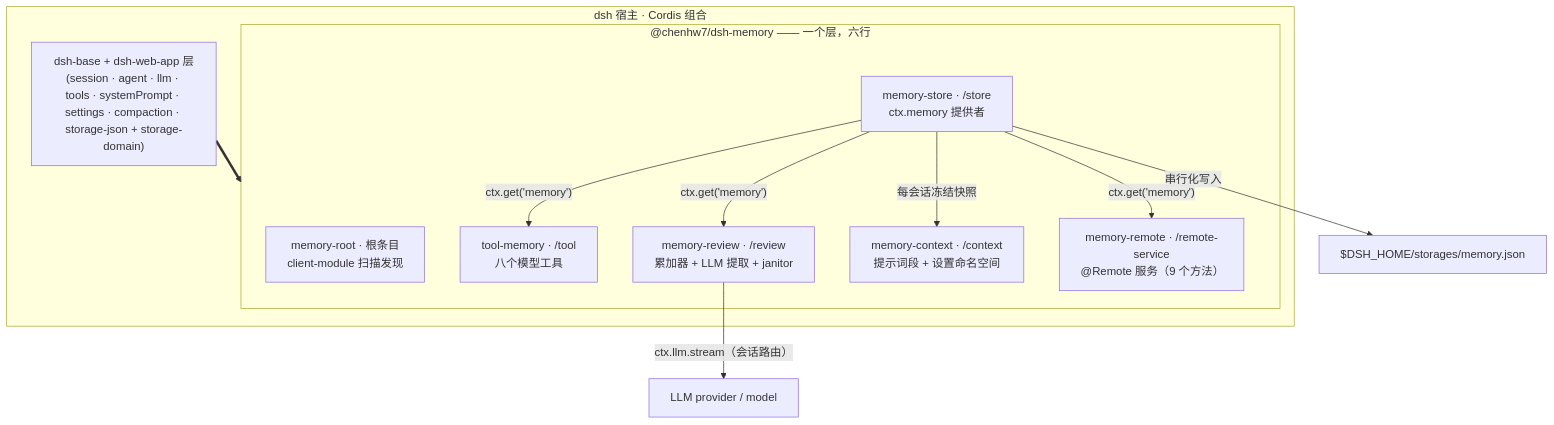
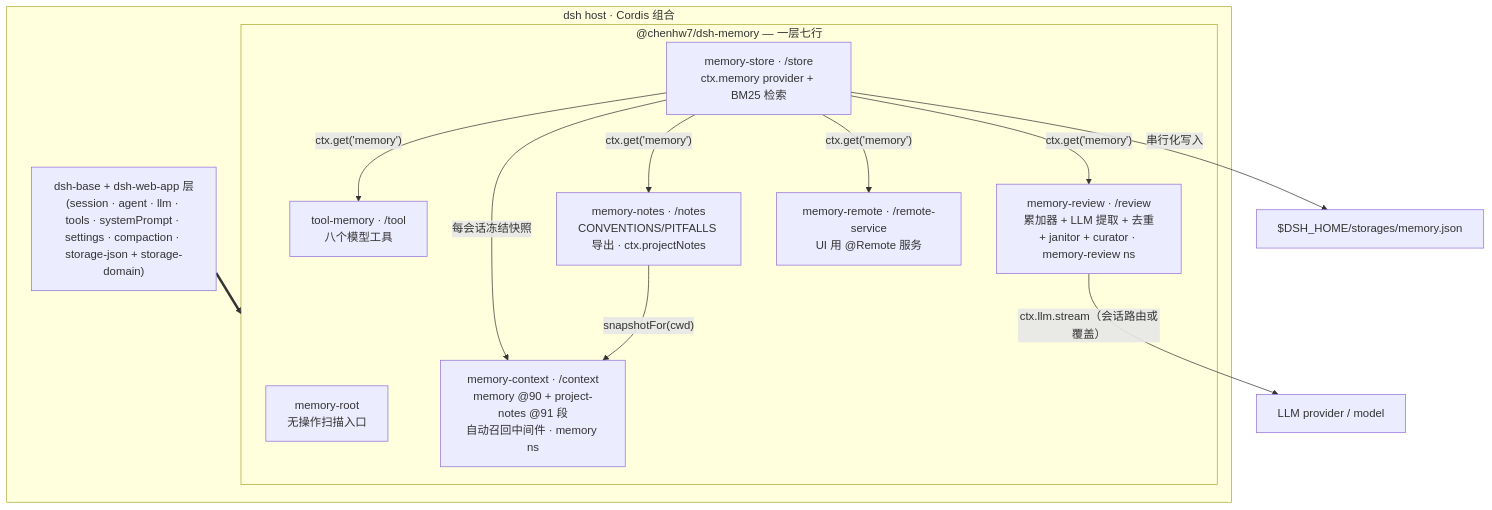
One commit to chenhw7/dsh-memory changed the first of 3 diagrams in docs/TECH_DESIGN.zh-CN.md. Above: the diagram before and after it, drawn with Mermaid. The commit also changed other lines of this file and 5 other files, not shown here.

First line of the commit message:
docs: sync README / TECH_DESIGN / SEQUENCE_DIAGRAMS with the v0.3.0 implementation

````diff
--- a/docs/TECH_DESIGN.zh-CN.md
+++ b/docs/TECH_DESIGN.zh-CN.md
@@ -95,21 +100,24 @@
 ```mermaid
 flowchart TB
-  subgraph host["dsh 宿主 · Cordis 组合"]
+  subgraph host["dsh host · Cordis 组合"]
     base["dsh-base + dsh-web-app 层<br/>(session · agent · llm · tools · systemPrompt · settings · compaction · storage-json + storage-domain)"]
-    subgraph bundle["@chenhw7/dsh-memory —— 一个层，六行"]
-      root["memory-root · 根条目<br/>client-module 扫描发现"]
-      store["memory-store · /store<br/>ctx.memory 提供者"]
+    subgraph bundle["@chenhw7/dsh-memory — 一层七行"]
+      root["memory-root<br/>无操作扫描入口"]
+      store["memory-store · /store<br/>ctx.memory provider + BM25 检索"]
       tool["tool-memory · /tool<br/>八个模型工具"]
-      review["memory-review · /review<br/>累加器 + LLM 提取 + janitor"]
-      context["memory-context · /context<br/>提示词段 + 设置命名空间"]
-      remote["memory-remote · /remote-service<br/>@Remote 服务（9 个方法）"]
+      review["memory-review · /review<br/>累加器 + LLM 提取 + 去重<br/>+ janitor + curator · memory-review ns"]
+      notes["memory-notes · /notes<br/>CONVENTIONS/PITFALLS 导出 · ctx.projectNotes"]
+      context["memory-context · /context<br/>memory @90 + project-notes @91 段<br/>自动召回中间件 · memory ns"]
+      remote["memory-remote · /remote-service<br/>UI 用 @Remote 服务"]
     end
   end
   base ==> bundle
   store -- "ctx.get('memory')" --> tool
   store -- "ctx.get('memory')" --> review
   store -- "每会话冻结快照" --> context
+  store -- "ctx.get('memory')" --> notes
   store -- "ctx.get('memory')" --> remote
-  review -- "ctx.llm.stream（会话路由）" --> llm["LLM provider / model"]
+  review -- "ctx.llm.stream（会话路由或覆盖）" --> llm["LLM provider / model"]
+  notes -- "snapshotFor(cwd)" --> context
   store -- "串行化写入" --> json["$DSH_HOME/storages/memory.json"]
 ```
````
